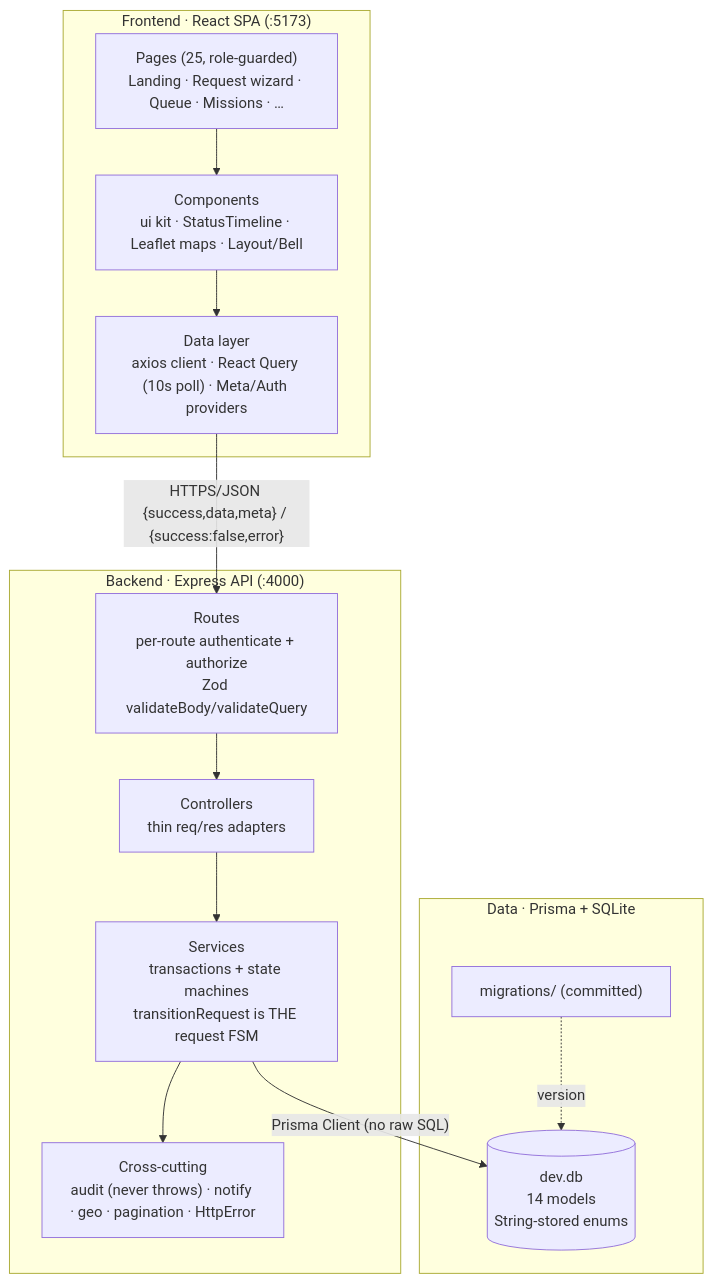
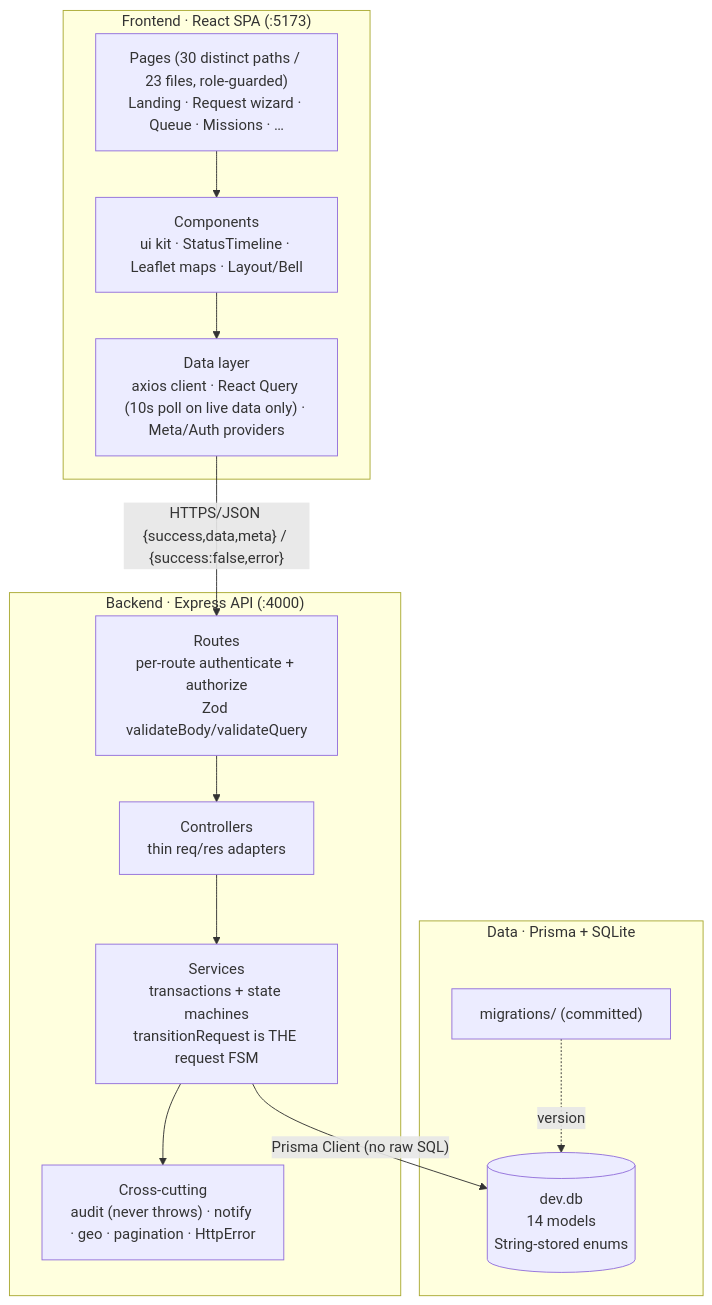
The first of 3 diagrams in docs/ARCHITECTURE.md (harshshinde12/DRRCP), drawn with Mermaid before and after one commit. The commit also changed other lines of this file and 74 other files, not shown here.

````diff
--- a/docs/ARCHITECTURE.md
+++ b/docs/ARCHITECTURE.md
@@ -12,27 +12,27 @@
 ```mermaid
 flowchart TB
     subgraph Client["Frontend · React SPA (:5173)"]
-        Pages["Pages (25, role-guarded)<br/>Landing · Request wizard · Queue · Missions · …"]
+        Pages["Pages (30 distinct paths / 23 files, role-guarded)<br/>Landing · Request wizard · Queue · Missions · …"]
         Comp["Components<br/>ui kit · StatusTimeline · Leaflet maps · Layout/Bell"]
-        Hooks["Data layer<br/>axios client · React Query (10s poll) · Meta/Auth providers"]
+        Hooks["Data layer<br/>axios client · React Query (10s poll on live data only) · Meta/Auth providers"]
     end
 
     subgraph Server["Backend · Express API (:4000)"]
         Routes["Routes<br/>per-route authenticate + authorize<br/>Zod validateBody/validateQuery"]
         Controllers["Controllers<br/>thin req/res adapters"]
         Services["Services<br/>transactions + state machines<br/>transitionRequest is THE request FSM"]
         Cross["Cross-cutting<br/>audit (never throws) · notify · geo · pagination · HttpError"]
     end
 
     subgraph Data["Data · Prisma + SQLite"]
         DB[("dev.db<br/>14 models<br/>String-stored enums")]
         Mig["migrations/ (committed)"]
     end
 
     Pages --> Comp --> Hooks
     Hooks -- "HTTPS/JSON {success,data,meta} / {success:false,error}" --> Routes
     Routes --> Controllers --> Services
     Services --> Cross
     Services -- "Prisma Client (no raw SQL)" --> DB
     Mig -. version .-> DB
 ```
````
